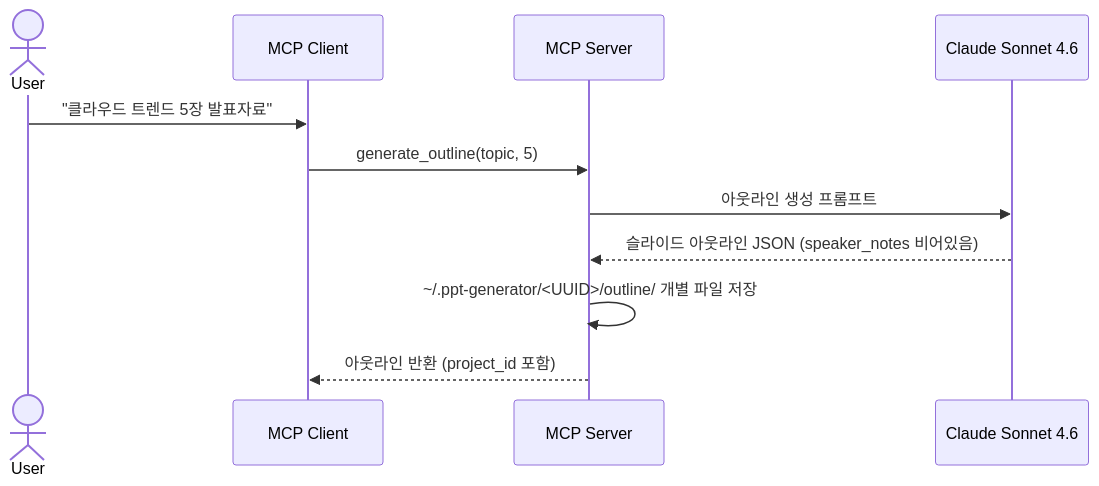
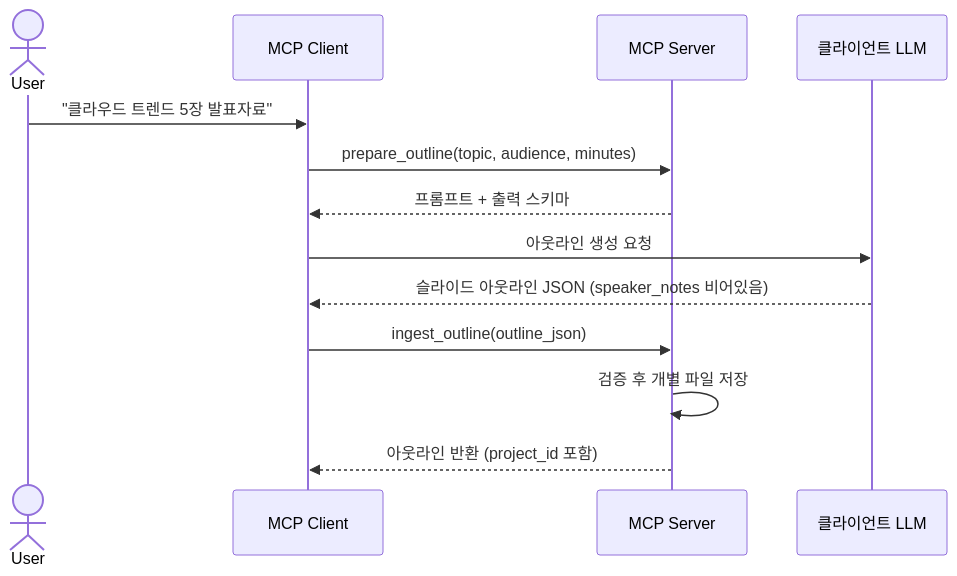
Before and after one commit to haandol/ppt-generator: the diagram in docs/adr/outline/0001-outline-generation.md, drawn with Mermaid. The commit also changed other lines of this file and 22 other files, not shown here.

````diff
--- a/docs/adr/outline/0001-outline-generation.md
+++ b/docs/adr/outline/0001-outline-generation.md
@@ -50,14 +50,16 @@
 ```mermaid
 sequenceDiagram
     actor User
     participant Client as MCP Client
     participant Server as MCP Server
-    participant LLM as Claude Sonnet 4.6
+    participant LLM as 클라이언트 LLM
 
     User->>Client: "클라우드 트렌드 5장 발표자료"
-    Client->>Server: generate_outline(topic, 5)
-    Server->>LLM: 아웃라인 생성 프롬프트
-    LLM-->>Server: 슬라이드 아웃라인 JSON (speaker_notes 비어있음)
-    Server->>Server: ~/.ppt-generator/<UUID>/outline/ 개별 파일 저장
+    Client->>Server: prepare_outline(topic, audience, minutes)
+    Server-->>Client: 프롬프트 + 출력 스키마
+    Client->>LLM: 아웃라인 생성 요청
+    LLM-->>Client: 슬라이드 아웃라인 JSON (speaker_notes 비어있음)
+    Client->>Server: ingest_outline(outline_json)
+    Server->>Server: 검증 후 개별 파일 저장
     Server-->>Client: 아웃라인 반환 (project_id 포함)
 ```
````
